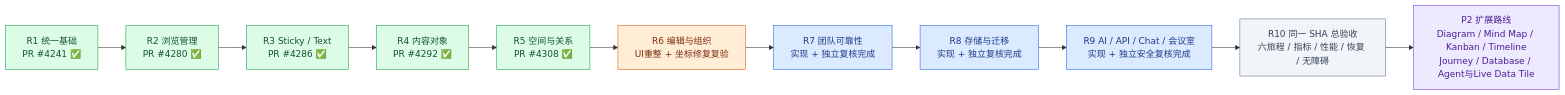
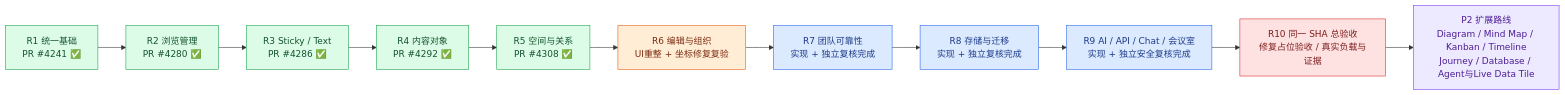
The first of 3 diagrams in phases/phase-19-board-visual-workspace/design-deltas/2026-09-26-unified-board-plan.md (boardx/workspacex), drawn with Mermaid before and after one commit. The commit also changed other lines of this file, not shown here.

````diff
--- a/phases/phase-19-board-visual-workspace/design-deltas/2026-09-26-unified-board-plan.md
+++ b/phases/phase-19-board-visual-workspace/design-deltas/2026-09-26-unified-board-plan.md
@@ -23,20 +23,20 @@
 ```mermaid
 flowchart LR
   R1["R1 统一基础<br/>PR #4241 ✅"]:::merged --> R2["R2 浏览管理<br/>PR #4280 ✅"]:::merged
   R2 --> R3["R3 Sticky / Text<br/>PR #4286 ✅"]:::merged
   R3 --> R4["R4 内容对象<br/>PR #4292 ✅"]:::merged
   R4 --> R5["R5 空间与关系<br/>PR #4308 ✅"]:::merged
   R5 --> R6["R6 编辑与组织<br/>UI重整 + 坐标修复复验"]:::working
   R6 --> R7["R7 团队可靠性<br/>实现 + 独立复核完成"]:::ready
   R7 --> R8["R8 存储与迁移<br/>实现 + 独立复核完成"]:::ready
   R8 --> R9["R9 AI / API / Chat / 会议室<br/>实现 + 独立安全复核完成"]:::ready
-  R9 --> R10["R10 同一 SHA 总验收<br/>六旅程 / 指标 / 性能 / 恢复 / 无障碍"]:::todo
+  R9 --> R10["R10 同一 SHA 总验收<br/>修复占位验收 / 真实负载与证据"]:::blocked
   R10 --> P2["P2 扩展路线<br/>Diagram / Mind Map / Kanban / Timeline<br/>Journey / Database / Agent与Live Data Tile"]:::future
   classDef merged fill:#dcfce7,stroke:#16a34a,color:#14532d
   classDef accepting fill:#fef3c7,stroke:#d97706,color:#78350f
   classDef ready fill:#dbeafe,stroke:#2563eb,color:#1e3a8a
   classDef working fill:#ffedd5,stroke:#ea580c,color:#7c2d12
   classDef blocked fill:#fee2e2,stroke:#dc2626,color:#7f1d1d
   classDef todo fill:#f1f5f9,stroke:#64748b,color:#334155
   classDef future fill:#ede9fe,stroke:#7c3aed,color:#4c1d95
 ```
````
